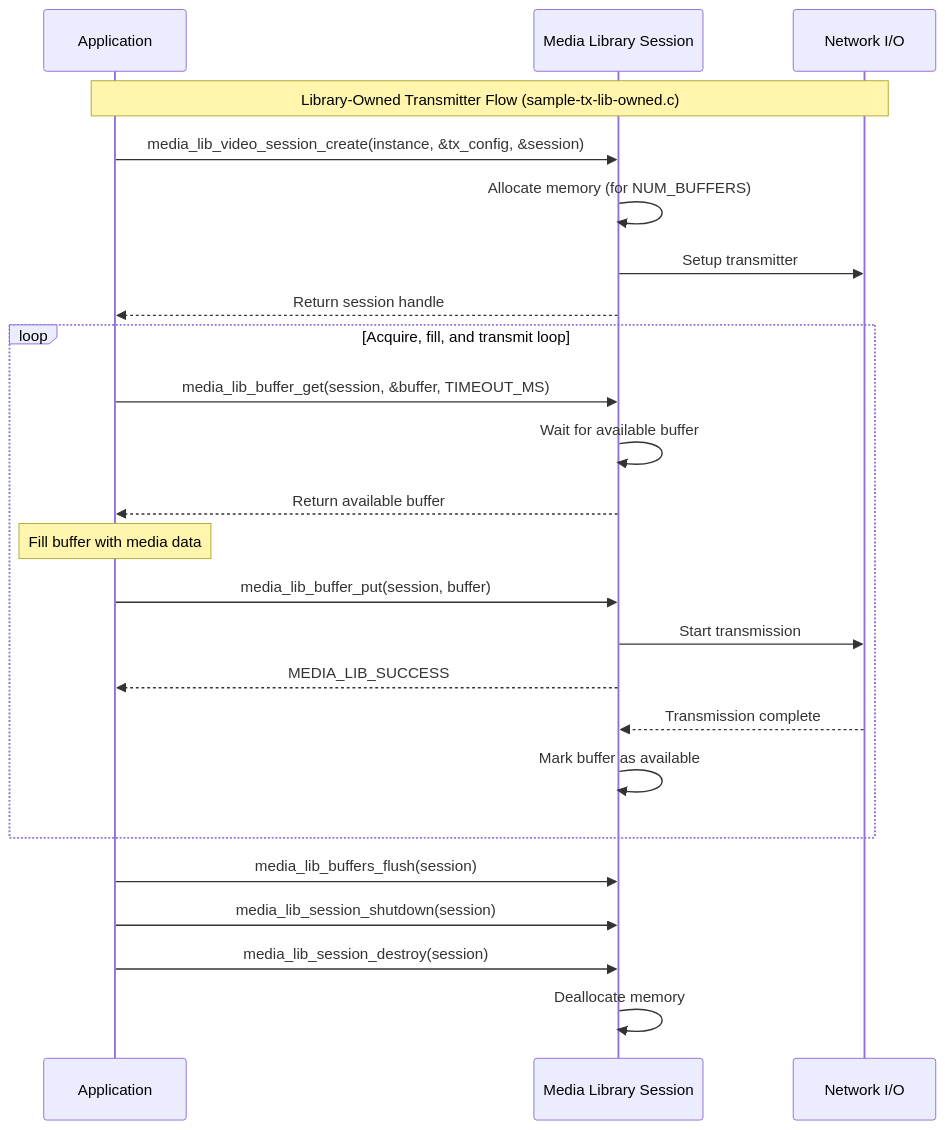
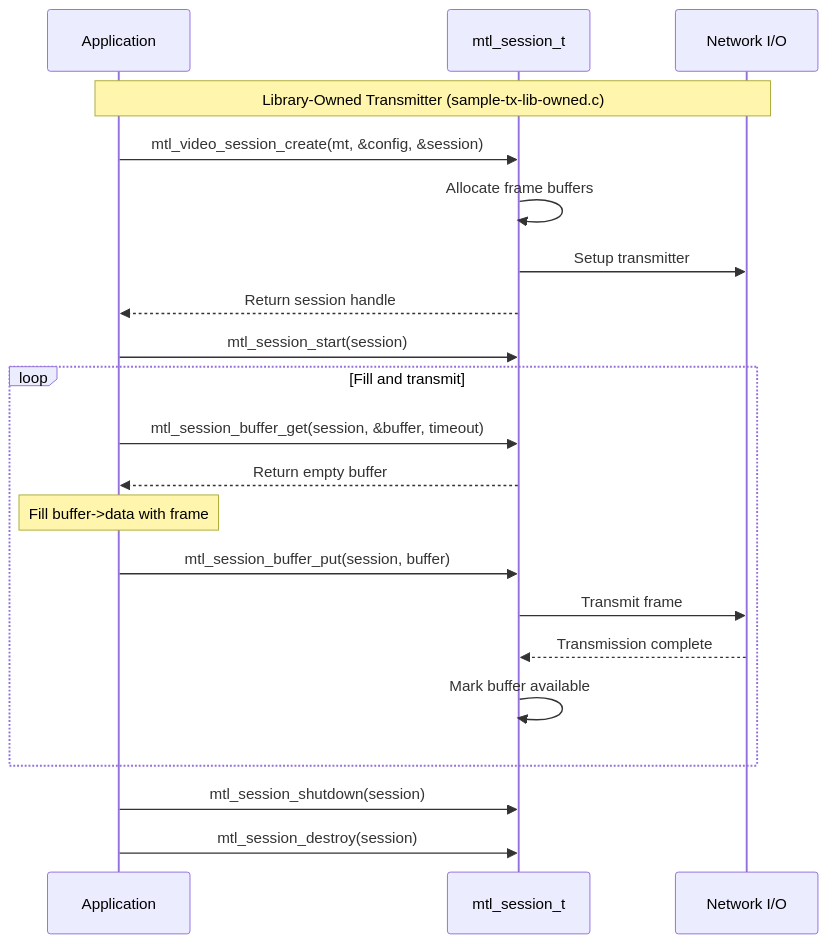
The second of 8 diagrams in doc/new_API/samples/diagrams.md (OpenVisualCloud/Media-Transport-Library), drawn with Mermaid before and after one commit. The commit also changed other lines of this file and 13 other files, not shown here.

````diff
--- a/doc/new_API/samples/diagrams.md
+++ b/doc/new_API/samples/diagrams.md
@@ -38,35 +39,30 @@
 ```mermaid
 sequenceDiagram
     participant App as Application
-    participant Session as Media Library Session
+    participant Session as mtl_session_t
     participant Network as Network I/O
     
-    Note over App,Network: Library-Owned Transmitter Flow (sample-tx-lib-owned.c)
+    Note over App,Network: Library-Owned Transmitter (sample-tx-lib-owned.c)
     
-    App->>Session: media_lib_video_session_create(instance, &tx_config, &session)
-    Session->>Session: Allocate memory (for NUM_BUFFERS)
+    App->>Session: mtl_video_session_create(mt, &config, &session)
+    Session->>Session: Allocate frame buffers
     Session->>Network: Setup transmitter
     Session-->>App: Return session handle
     
+    App->>Session: mtl_session_start(session)
     
-    loop Acquire, fill, and transmit loop
-        App->>Session: media_lib_buffer_get(session, &buffer, TIMEOUT_MS)
-        Session->>Session: Wait for available buffer
-        Session-->>App: Return available buffer
+    loop Fill and transmit
+        App->>Session: mtl_session_buffer_get(session, &buffer, timeout)
+        Session-->>App: Return empty buffer
         
-        Note over App: Fill buffer with media data
+        Note over App: Fill buffer->data with frame
         
-        App->>Session: media_lib_buffer_put(session, buffer)
-        Session->>Network: Start transmission
-        Session-->>App: MEDIA_LIB_SUCCESS
+        App->>Session: mtl_session_buffer_put(session, buffer)
+        Session->>Network: Transmit frame
         Network-->>Session: Transmission complete
-        Session->>Session: Mark buffer as available
-
+        Session->>Session: Mark buffer available
     end
-
-    App->>Session:media_lib_buffers_flush(session)
-    App->>Session: media_lib_session_shutdown(session)
-    App->>Session: media_lib_session_destroy(session)
-    Session->>Session: Deallocate memory
-
+    
+    App->>Session: mtl_session_shutdown(session)
+    App->>Session: mtl_session_destroy(session)
 ```
````
